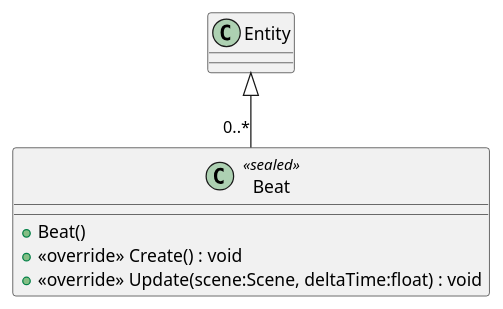
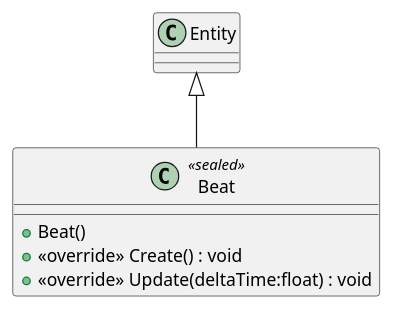
Before and after one commit to Ruby1405/PaceInvaders: the diagram in plantuml/Beat.puml, drawn with PlantUML. The commit also changed 15 other files, not shown here.

Commit message:
updated class diagram

```diff
--- a/plantuml/Beat.puml
+++ b/plantuml/Beat.puml
@@ -1,8 +1,8 @@
 @startuml
 class Beat <<sealed>> {
     + Beat()
     + <<override>> Create() : void
-    + <<override>> Update(scene:Scene, deltaTime:float) : void
+    + <<override>> Update(deltaTime:float) : void
 }
-Entity <|-- "0..*" Beat
+Entity <|-- Beat
 @enduml
```
